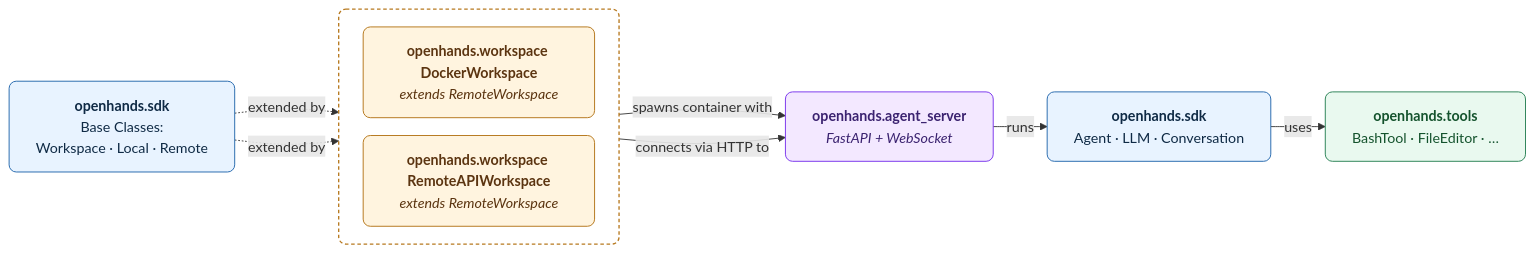
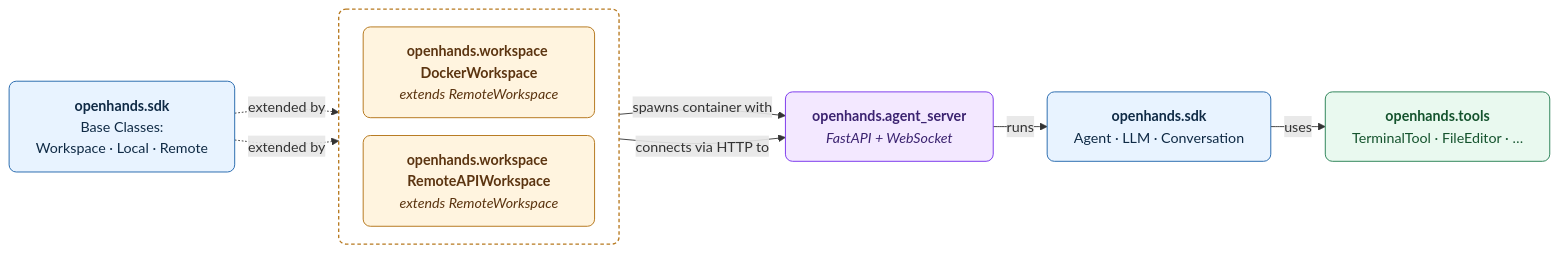
One commit to OpenHands/docs changed the third of 5 diagrams in sdk/arch/overview.mdx. Above: the diagram before and after it, drawn with Mermaid. The commit also changed other lines of this file and 15 other files, not shown here.

````diff
--- a/sdk/arch/overview.mdx
+++ b/sdk/arch/overview.mdx
@@ -105,30 +105,30 @@
 ```mermaid
 %%{init: {"theme": "default", "flowchart": {"nodeSpacing": 20, "rankSpacing": 30}} }%%
 flowchart LR
     
     WSBase["<b>openhands.sdk</b><br>Base Classes:<br>Workspace · Local · Remote"]:::sdk
     
     subgraph WS[" "]
       direction LR
       Docker["<b>openhands.workspace DockerWorkspace</b><br><i>extends RemoteWorkspace</i>"]:::ws
       Remote["<b>openhands.workspace RemoteAPIWorkspace</b><br><i>extends RemoteWorkspace</i>"]:::ws
     end
     
     Server["<b>openhands.agent_server</b><br><i>FastAPI + WebSocket</i>"]:::server
     Agent["<b>openhands.sdk</b><br>Agent · LLM · Conversation"]:::sdk
-    Tools["<b>openhands.tools</b><br>BashTool · FileEditor · …"]:::tools
+    Tools["<b>openhands.tools</b><br>TerminalTool · FileEditor · …"]:::tools
     
     WSBase -.->|extended by| Docker
     WSBase -.->|extended by| Remote
     Docker -->|spawns container with| Server
     Remote -->|connects via HTTP to| Server
     Server -->|runs| Agent
     Agent -->|uses| Tools
     
     classDef sdk    fill:#e8f3ff,stroke:#2b6cb0,color:#0f2a45,stroke-width:1.1px,rx:8,ry:8
     classDef ws     fill:#fff4df,stroke:#b7791f,color:#5b3410,stroke-width:1.1px,rx:8,ry:8
     classDef server fill:#f3e8ff,stroke:#7c3aed,color:#3b2370,stroke-width:1.1px,rx:8,ry:8
     classDef tools  fill:#e9f9ef,stroke:#2f855a,color:#14532d,stroke-width:1.1px,rx:8,ry:8
     
     style WS stroke:#b7791f,stroke-width:1.5px,stroke-dasharray: 4 3,rx:8,ry:8,fill:none
 ```
````
